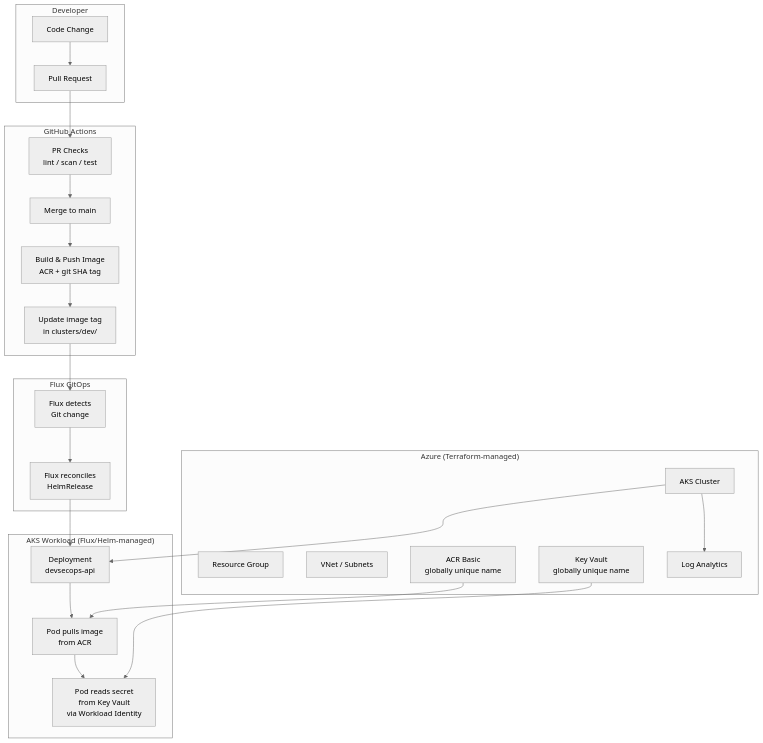
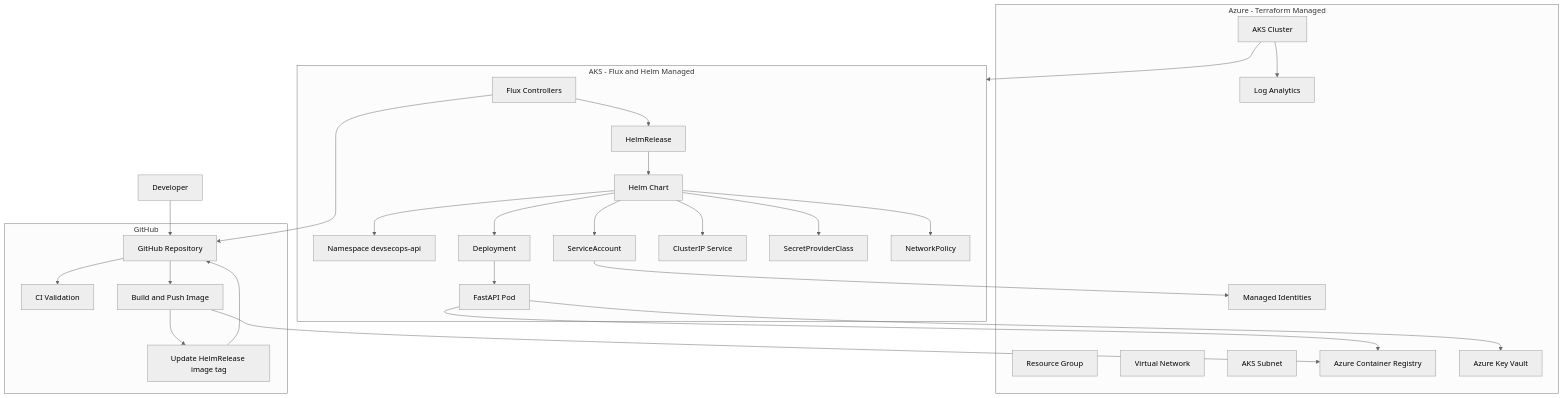
Before and after one commit to KarimElAtfy/Azure-Terraform-AKS-GitOps-Secure-Platform: the first of 2 diagrams in README.md, drawn with Mermaid (neutral theme). The commit also changed other lines of this file, not shown here.

Commit message:
docs: polish README for portfolio release

````diff
--- a/README.md
+++ b/README.md
@@ -22,38 +49,52 @@
-```mermaid
+~~~mermaid
 flowchart TB
-    subgraph Developer
-        A[Code Change] --> B[Pull Request]
+    Dev[Developer] --> Repo[GitHub Repository]
+
+    subgraph GitHub["GitHub"]
+        Repo --> CI[CI Validation]
+        Repo --> Build[Build and Push Image]
+        Build --> TagUpdate[Update HelmRelease image tag]
     end
 
-    subgraph "GitHub Actions"
-        B --> C[PR Checks<br>lint / scan / test]
-        C --> D[Merge to main]
-        D --> E[Build & Push Image<br>ACR + git SHA tag]
-        E --> F[Update image tag<br>in clusters/dev/]
+    subgraph Azure["Azure - Terraform Managed"]
+        RG[Resource Group]
+        VNet[Virtual Network]
+        Subnet[AKS Subnet]
+        ACR[Azure Container Registry]
+        KV[Azure Key Vault]
+        LA[Log Analytics]
+        MI[Managed Identities]
+        AKS[AKS Cluster]
     end
 
-    subgraph "Flux GitOps"
-        F --> G[Flux detects<br>Git change]
-        G --> H[Flux reconciles<br>HelmRelease]
+    subgraph Cluster["AKS - Flux and Helm Managed"]
+        Flux[Flux Controllers]
+        HR[HelmRelease]
+        Chart[Helm Chart]
+        NS[Namespace devsecops-api]
+        SA[ServiceAccount]
+        Deploy[Deployment]
+        SVC[ClusterIP Service]
+        SPC[SecretProviderClass]
+        NP[NetworkPolicy]
+        Pod[FastAPI Pod]
     end
 
-    subgraph "Azure (Terraform-managed)"
-        I[Resource Group]
-        J[VNet / Subnets]
-        K[ACR Basic<br/>globally unique name]
-        L[Key Vault<br/>globally unique name]
-        M[Log Analytics]
-        N[AKS Cluster]
-    end
-
-    subgraph "AKS Workload (Flux/Helm-managed)"
-        H --> O[Deployment<br>devsecops-api]
-        O --> P[Pod pulls image<br>from ACR]
-        P --> Q[Pod reads secret<br>from Key Vault<br>via Workload Identity]
-    end
-
-    N --> O
-    K --> P
-    L --> Q
-    N --> M
-```
+    Build --> ACR
+    TagUpdate --> Repo
+    Flux --> Repo
+    Flux --> HR
+    HR --> Chart
+    Chart --> NS
+    Chart --> SA
+    Chart --> Deploy
+    Chart --> SVC
+    Chart --> SPC
+    Chart --> NP
+    Deploy --> Pod
+    AKS --> Cluster
+    Pod --> ACR
+    Pod --> KV
+    AKS --> LA
+    SA --> MI
+~~~
````
